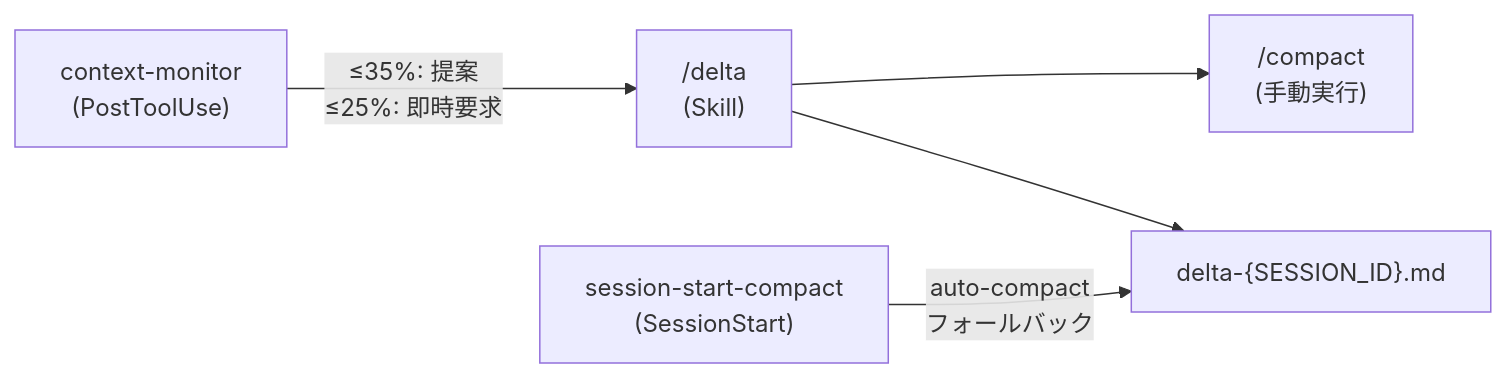
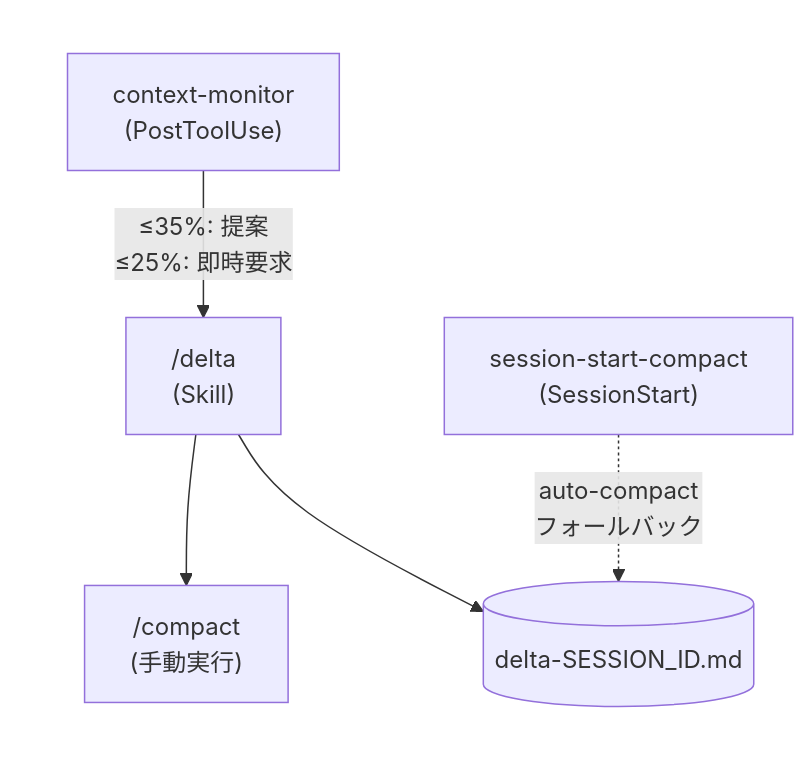
One commit to thkt/delta changed the diagram in README.ja.md. Above: the diagram before and after it, drawn with Mermaid. The commit also changed other lines of this file and 1 other file, not shown here.

Commit message:
docs: improve Mermaid flow diagrams
Group main flow with subgraph, use dotted arrows for
fallback path, and cylinder node for file output.
Applied to both EN and JA READMEs.

````diff
--- a/README.ja.md
+++ b/README.ja.md
@@ -28,7 +28,12 @@
 ```mermaid
-flowchart LR
-    A["context-monitor\n(PostToolUse)"] -->|"≤35%: 提案\n≤25%: 即時要求"| B["/delta\n(Skill)"]
-    B --> C["/compact\n(手動実行)"]
-    B --> D["delta-{SESSION_ID}.md"]
-    E["session-start-compact\n(SessionStart)"] -->|"auto-compact\nフォールバック"| D
+flowchart TD
+    subgraph main [" "]
+        A["context-monitor<br>(PostToolUse)"] -->|"≤35%: 提案<br>≤25%: 即時要求"| B["/delta<br>(Skill)"]
+        B --> C["/compact<br>(手動実行)"]
+    end
+
+    B --> D[("delta-SESSION_ID.md")]
+    E["session-start-compact<br>(SessionStart)"] -.->|"auto-compact<br>フォールバック"| D
+
+    style main fill:none,stroke:none
 ```
````
